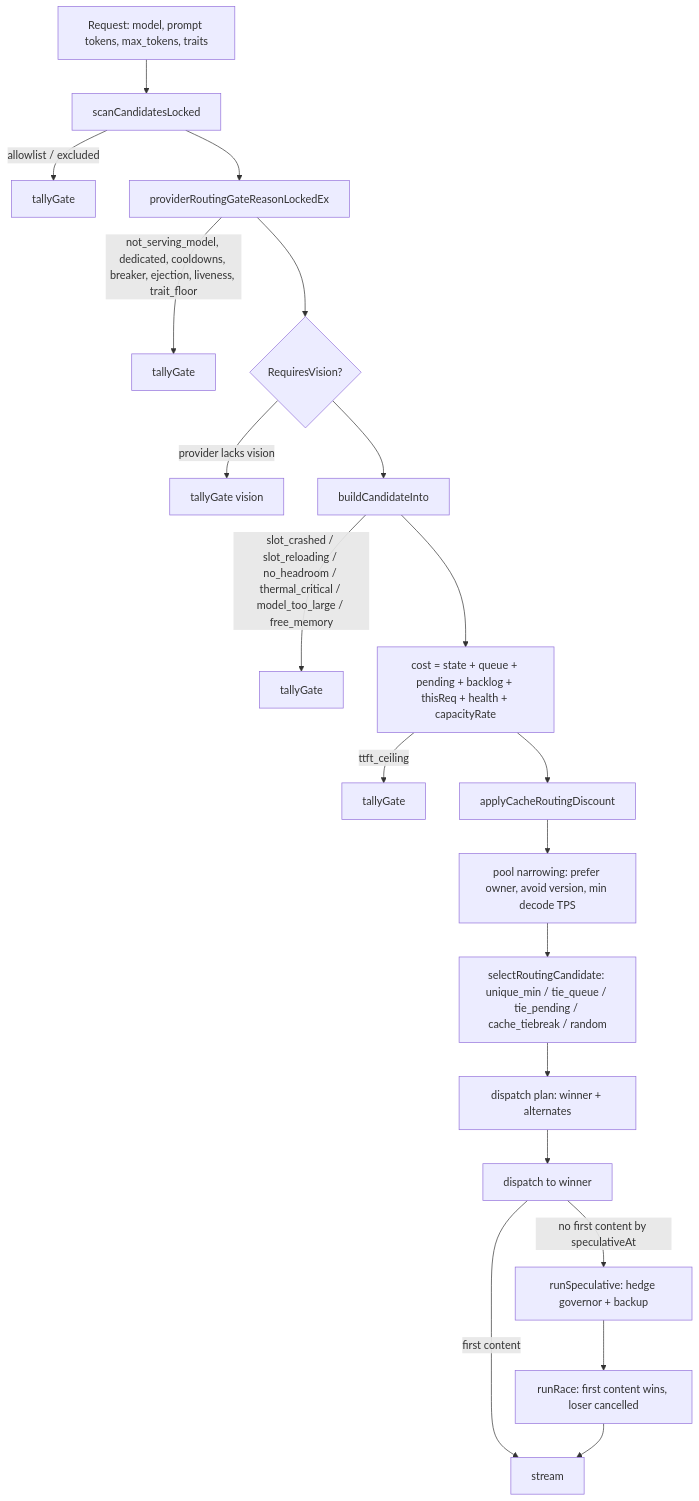
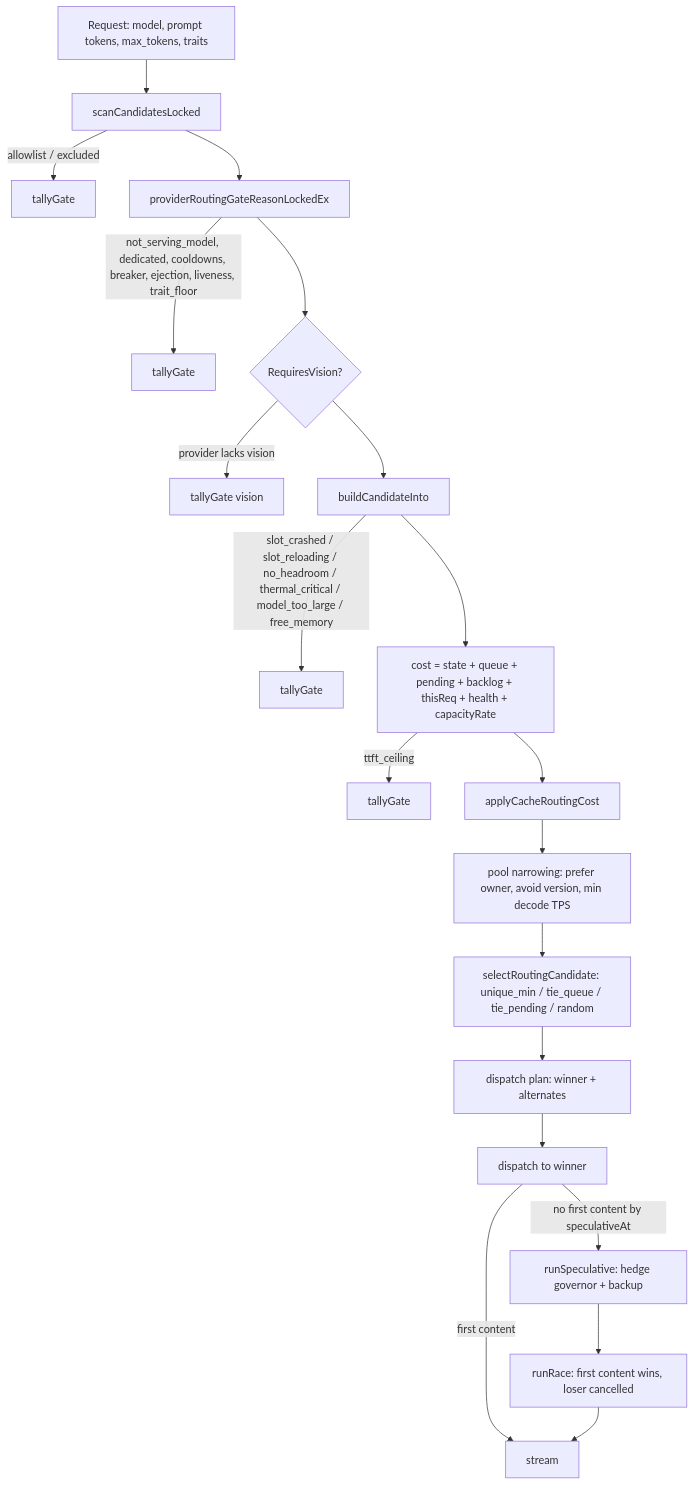
Before and after one commit to Layr-Labs/d-inference: the diagram in docs/architecture/routing.md, drawn with Mermaid. The commit also changed other lines of this file and 1502 other files, not shown here.

````diff
--- a/docs/architecture/routing.md
+++ b/docs/architecture/routing.md
@@ -65,22 +65,22 @@
 ```mermaid
 flowchart TD
     R[Request: model, prompt tokens, max_tokens, traits] --> S[scanCandidatesLocked]
     S -->|allowlist / excluded| X1[tallyGate]
     S --> G[providerRoutingGateReasonLockedEx]
     G -->|not_serving_model, dedicated, cooldowns, breaker, ejection, liveness, trait_floor| X2[tallyGate]
     G --> V{RequiresVision?}
     V -->|provider lacks vision| X3[tallyGate vision]
     V --> B[buildCandidateInto]
     B -->|slot_crashed / slot_reloading / no_headroom / thermal_critical / model_too_large / free_memory| X4[tallyGate]
     B --> C[cost = state + queue + pending + backlog + thisReq + health + capacityRate]
     C -->|ttft_ceiling| X5[tallyGate]
-    C --> D[applyCacheRoutingDiscount]
+    C --> D[applyCacheRoutingCost]
     D --> P[pool narrowing: prefer owner, avoid version, min decode TPS]
-    P --> SEL[selectRoutingCandidate: unique_min / tie_queue / tie_pending / cache_tiebreak / random]
+    P --> SEL[selectRoutingCandidate: unique_min / tie_queue / tie_pending / random]
     SEL --> PLAN[dispatch plan: winner + alternates]
     PLAN --> DISP[dispatch to winner]
     DISP -->|no first content by speculativeAt| H[runSpeculative: hedge governor + backup]
     H --> RACE[runRace: first content wins, loser cancelled]
     DISP -->|first content| OK[stream]
     RACE --> OK
 ```
````
